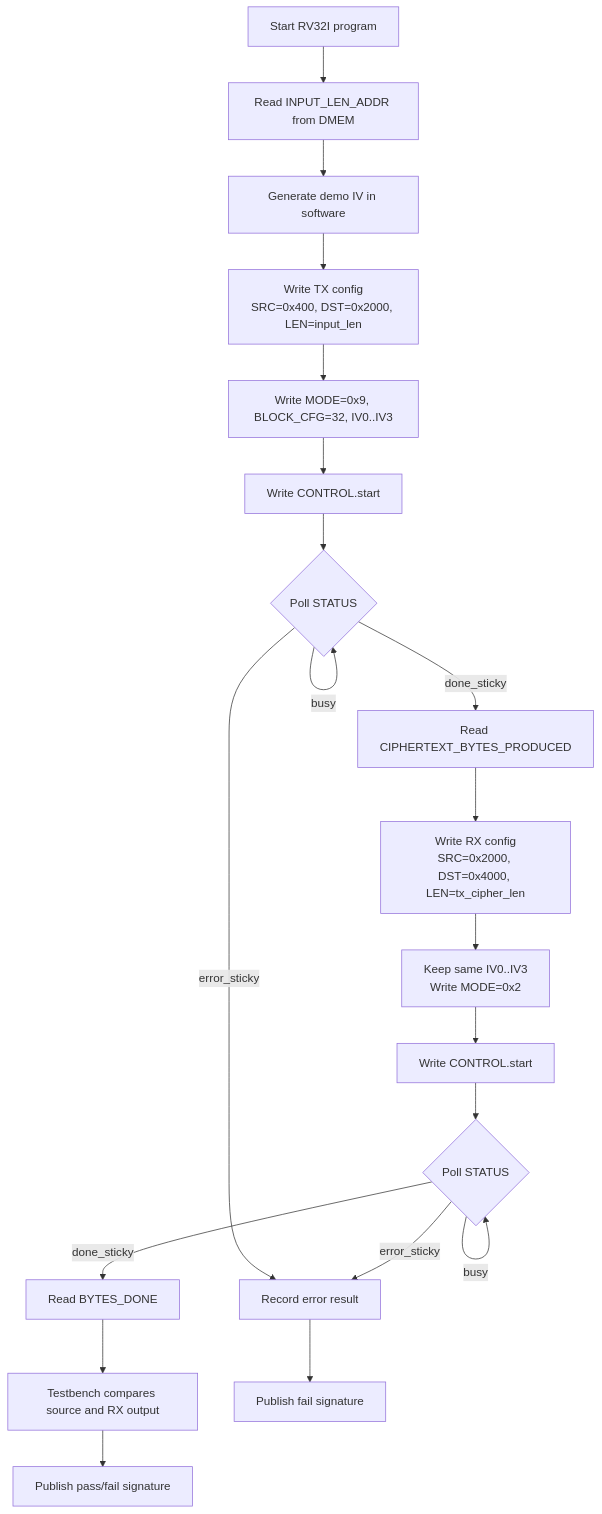
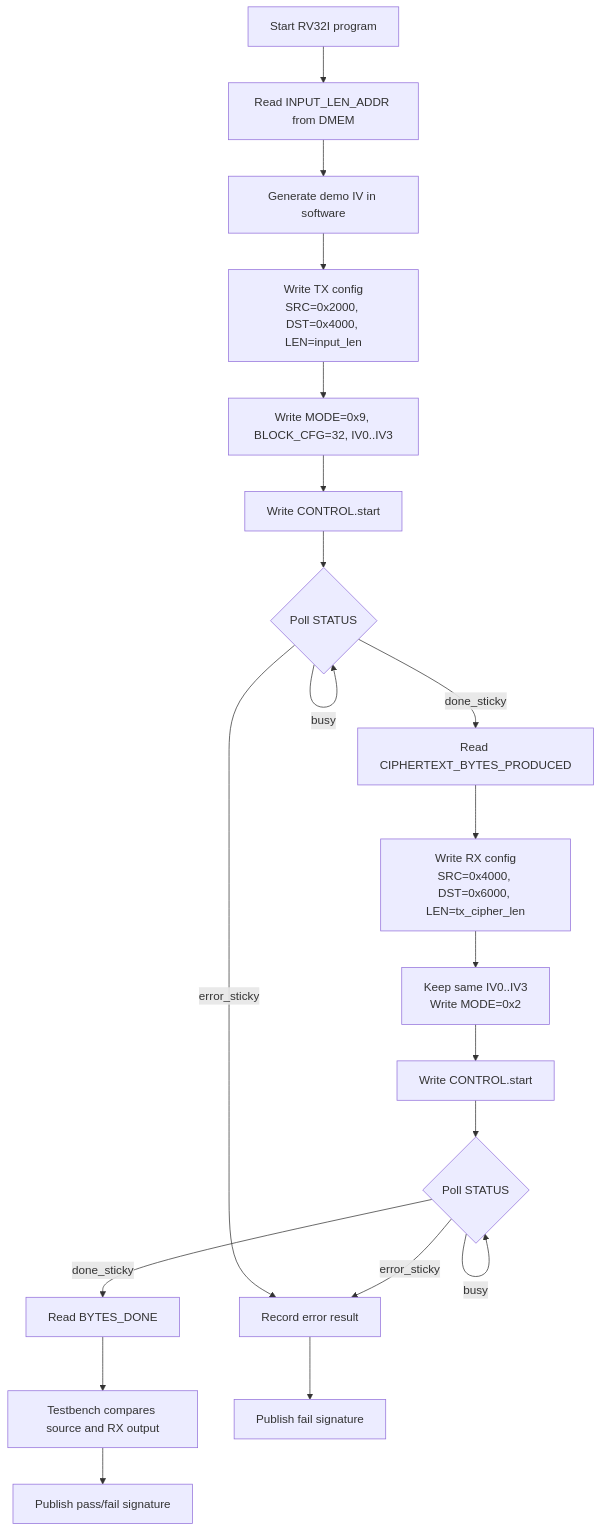
The sixth of 12 diagrams in docs/00_current_system_spec.md (ngoquocan139/AES_huffman_all6), drawn with Mermaid before and after one commit. The commit also changed other lines of this file and 488 other files, not shown here.

````diff
--- a/docs/00_current_system_spec.md
+++ b/docs/00_current_system_spec.md
@@ -303,22 +308,22 @@
 ```mermaid
 flowchart TD
   A["Start RV32I program"] --> B["Read INPUT_LEN_ADDR from DMEM"]
   B --> C["Generate demo IV in software"]
-  C --> D["Write TX config\nSRC=0x400, DST=0x2000, LEN=input_len"]
+  C --> D["Write TX config\nSRC=0x2000, DST=0x4000, LEN=input_len"]
   D --> E["Write MODE=0x9, BLOCK_CFG=32, IV0..IV3"]
   E --> F["Write CONTROL.start"]
   F --> G{"Poll STATUS"}
   G -->|"busy"| G
   G -->|"error_sticky"| H["Record error result"]
   G -->|"done_sticky"| I["Read CIPHERTEXT_BYTES_PRODUCED"]
-  I --> J["Write RX config\nSRC=0x2000, DST=0x4000, LEN=tx_cipher_len"]
+  I --> J["Write RX config\nSRC=0x4000, DST=0x6000, LEN=tx_cipher_len"]
   J --> K["Keep same IV0..IV3\nWrite MODE=0x2"]
   K --> L["Write CONTROL.start"]
   L --> M{"Poll STATUS"}
   M -->|"busy"| M
   M -->|"error_sticky"| H
   M -->|"done_sticky"| N["Read BYTES_DONE"]
   N --> O["Testbench compares source and RX output"]
   H --> P["Publish fail signature"]
   O --> Q["Publish pass/fail signature"]
 ```
````
